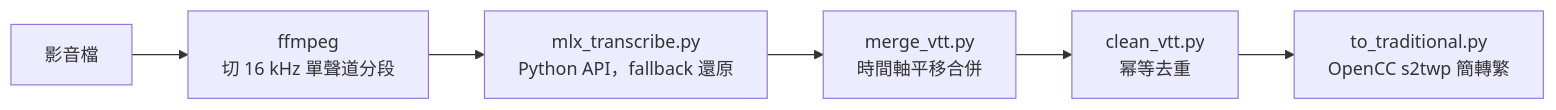
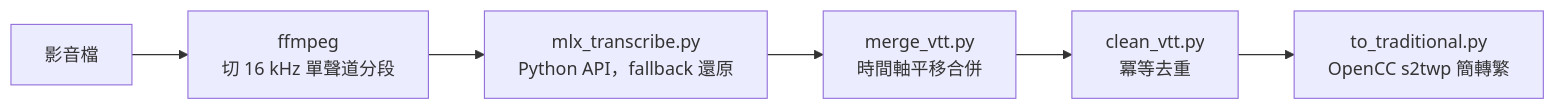
The diagram in src/content/cases/video-to-transcript.zh-TW.mdx (twjohnwu/twjohnwu.github.io), drawn with Mermaid before and after one commit. The commit also changed other lines of this file and 38 other files, not shown here.

````diff
--- a/src/content/cases/video-to-transcript.zh-TW.mdx
+++ b/src/content/cases/video-to-transcript.zh-TW.mdx
@@ -23,8 +23,8 @@
 ```mermaid
 flowchart LR
   SRC[影音檔] --> FF["ffmpeg<br/>切 16 kHz 單聲道分段"]
   FF --> TR["mlx_transcribe.py<br/>Python API，fallback 還原"]
   TR --> MG["merge_vtt.py<br/>時間軸平移合併"]
-  MG --> CL["clean_vtt.py<br/>幂等去重"]
+  MG --> CL["clean_vtt.py<br/>冪等去重"]
   CL --> TW["to_traditional.py<br/>OpenCC s2twp 簡轉繁"]
 ```
````
